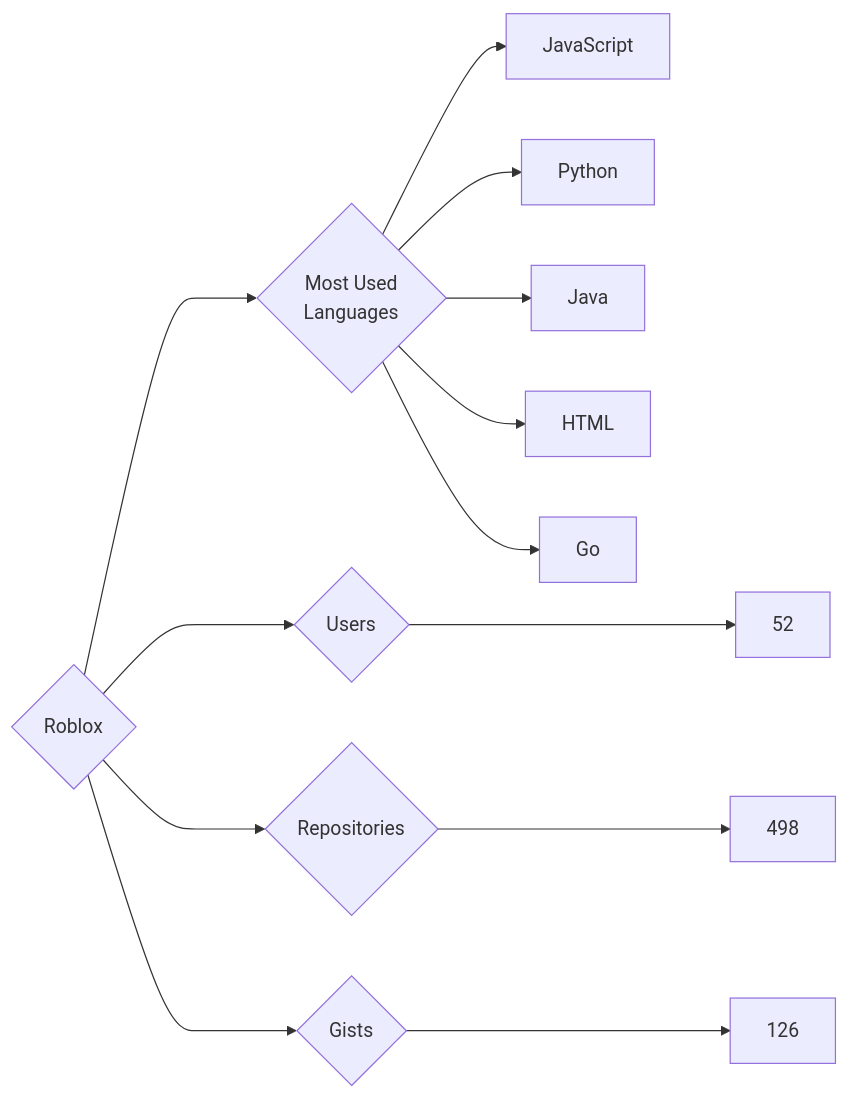
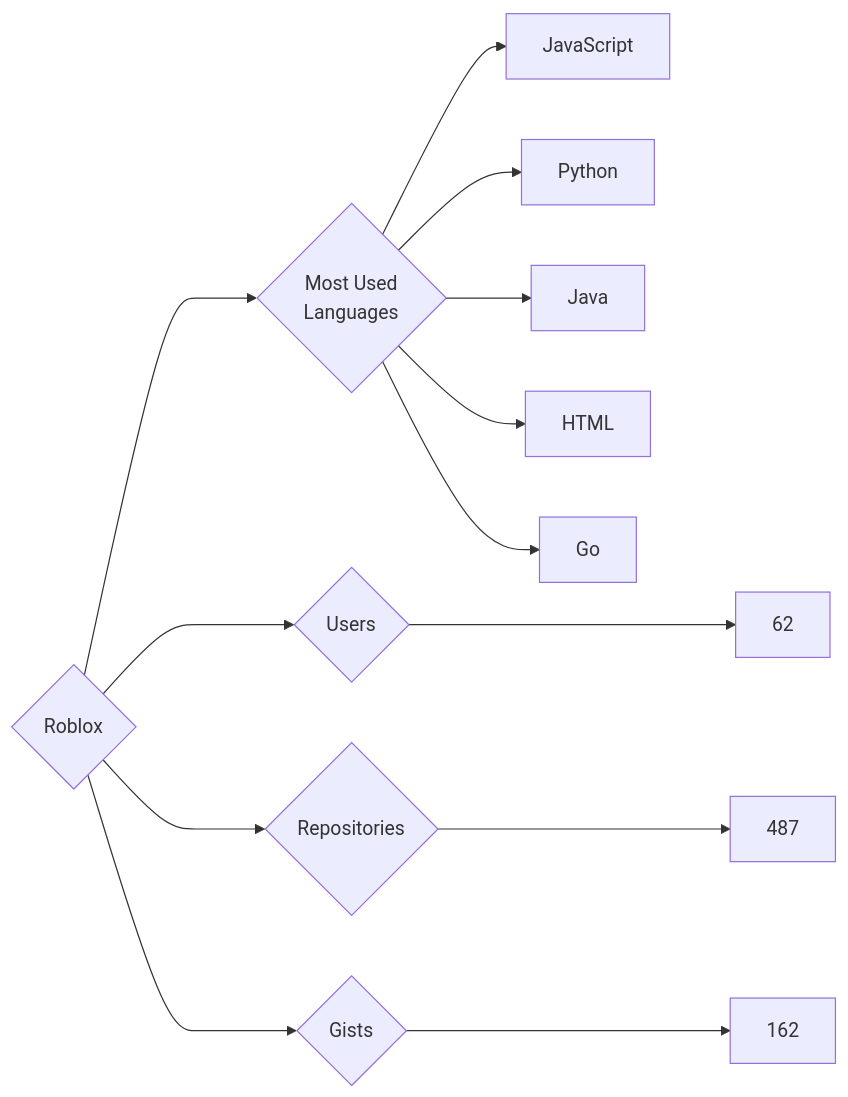
One commit to trickest/insiders changed the diagram in targets/Roblox/README.md. Above: the diagram before and after it, drawn with Mermaid. The commit also changed 955 other files, not shown here.

````diff
--- a/targets/Roblox/README.md
+++ b/targets/Roblox/README.md
@@ -3,13 +3,13 @@
 ```mermaid
 graph LR
 COMPANY_NAME{Roblox}
-COMPANY_NAME ---> U{Users} ---> UN[52]
-COMPANY_NAME ---> R{Repositories} ---> RN[498]
-COMPANY_NAME ---> G{Gists} ---> GN[126]
+COMPANY_NAME ---> U{Users} ---> UN[62]
+COMPANY_NAME ---> R{Repositories} ---> RN[487]
+COMPANY_NAME ---> G{Gists} ---> GN[162]
 COMPANY_NAME ---> ML{Most Used<br>Languages}
 ML --> JavaScript[JavaScript]
 ML --> Python[Python]
 ML --> Java[Java]
 ML --> HTML[HTML]
 ML --> Go[Go]
 ```
````
